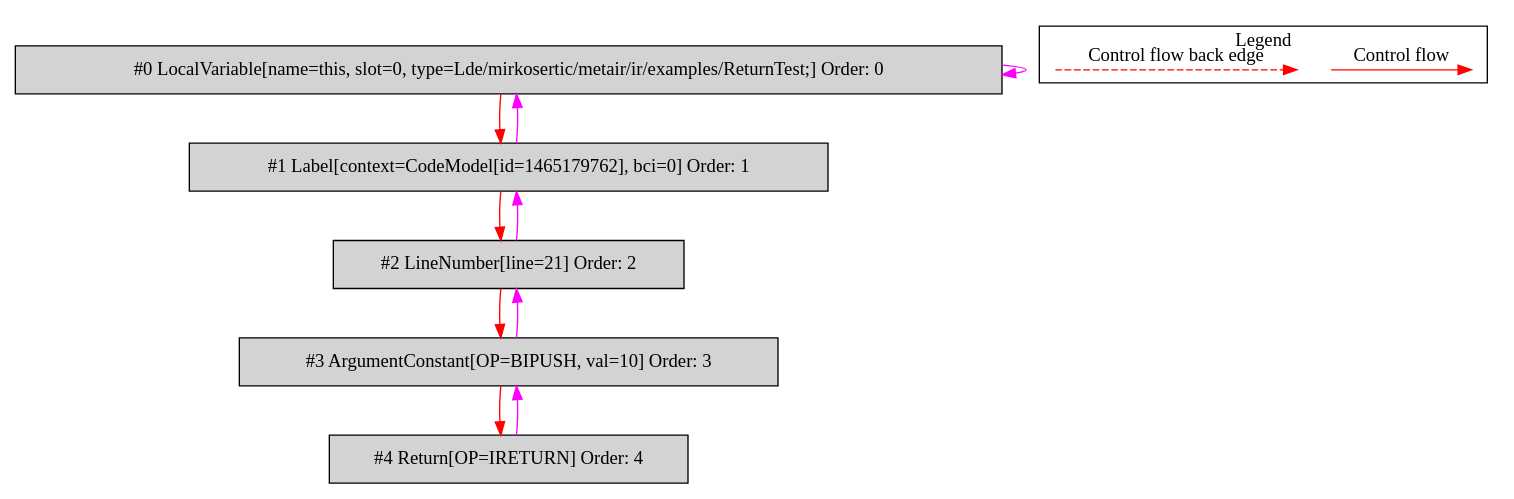
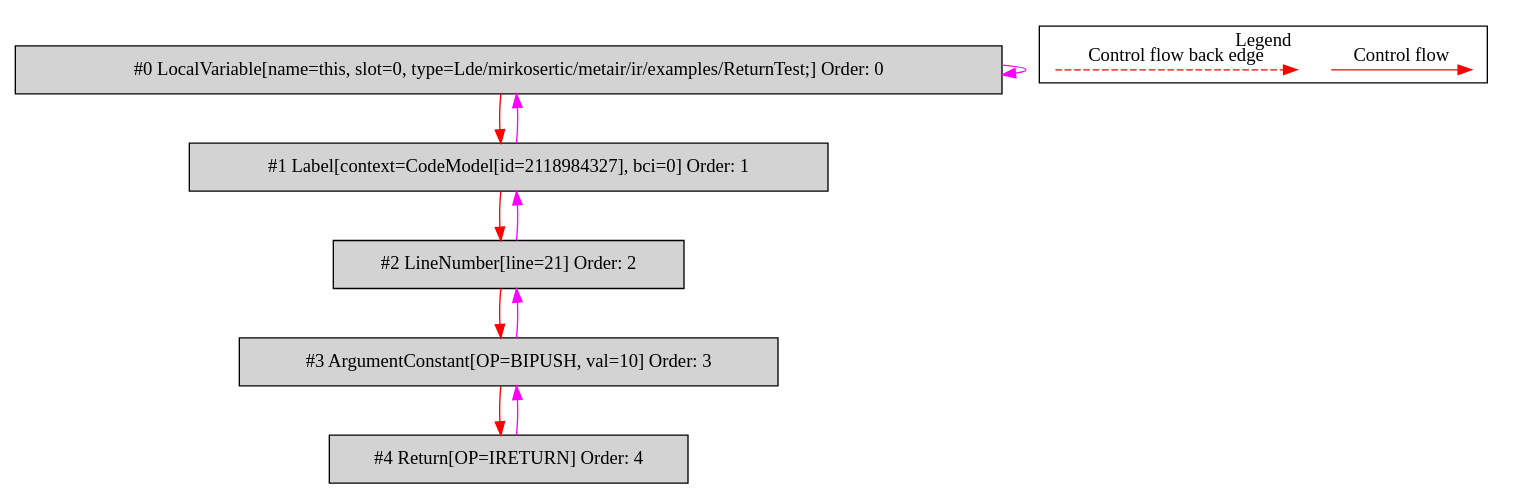
Before and after one commit to mirkosertic/MetaIR: the diagram in de.mirkosertic.metair.ir.examples.ReturnTest/returnShort/bytecodecfg.dot, drawn with Graphviz. The commit also changed 1206 other files, not shown here.

```diff
--- a/de.mirkosertic.metair.ir.examples.ReturnTest/returnShort/bytecodecfg.dot
+++ b/de.mirkosertic.metair.ir.examples.ReturnTest/returnShort/bytecodecfg.dot
@@ -1,31 +1,31 @@
 digraph {
  ordering="in";
  node0[label="#0 LocalVariable[name=this, slot=0, type=Lde/mirkosertic/metair/ir/examples/ReturnTest;] Order: 0", shape=box, fillcolor=lightgrey, style=filled];
- node1[label="#1 Label[context=CodeModel[id=1465179762], bci=0] Order: 1", shape=box, fillcolor=lightgrey, style=filled];
+ node1[label="#1 Label[context=CodeModel[id=2118984327], bci=0] Order: 1", shape=box, fillcolor=lightgrey, style=filled];
  node2[label="#2 LineNumber[line=21] Order: 2", shape=box, fillcolor=lightgrey, style=filled];
  node3[label="#3 ArgumentConstant[OP=BIPUSH, val=10] Order: 3", shape=box, fillcolor=lightgrey, style=filled];
  node4[label="#4 Return[OP=IRETURN] Order: 4", shape=box, fillcolor=lightgrey, style=filled];
  node0 -> node0[color=fuchsia];
  node0 -> node1[color=red];
  node1 -> node0[color=fuchsia];
  node1 -> node2[color=red];
  node2 -> node1[color=fuchsia];
  node2 -> node3[color=red];
  node3 -> node2[color=fuchsia];
  node3 -> node4[color=red];
  node4 -> node3[color=fuchsia];
  subgraph cluster_000 {
   label = "Legend";
   node [shape=point]
   {
    rank=same;
    c0 [style = invis];
    c1 [style = invis];
    c2 [style = invis];
    c3 [style = invis];
   }
   c0 -> c1 [label="Control flow", style=solid, color=red]
   c2 -> c3 [label="Control flow back edge", style=dashed, color=red]
  }
 
 }
```
